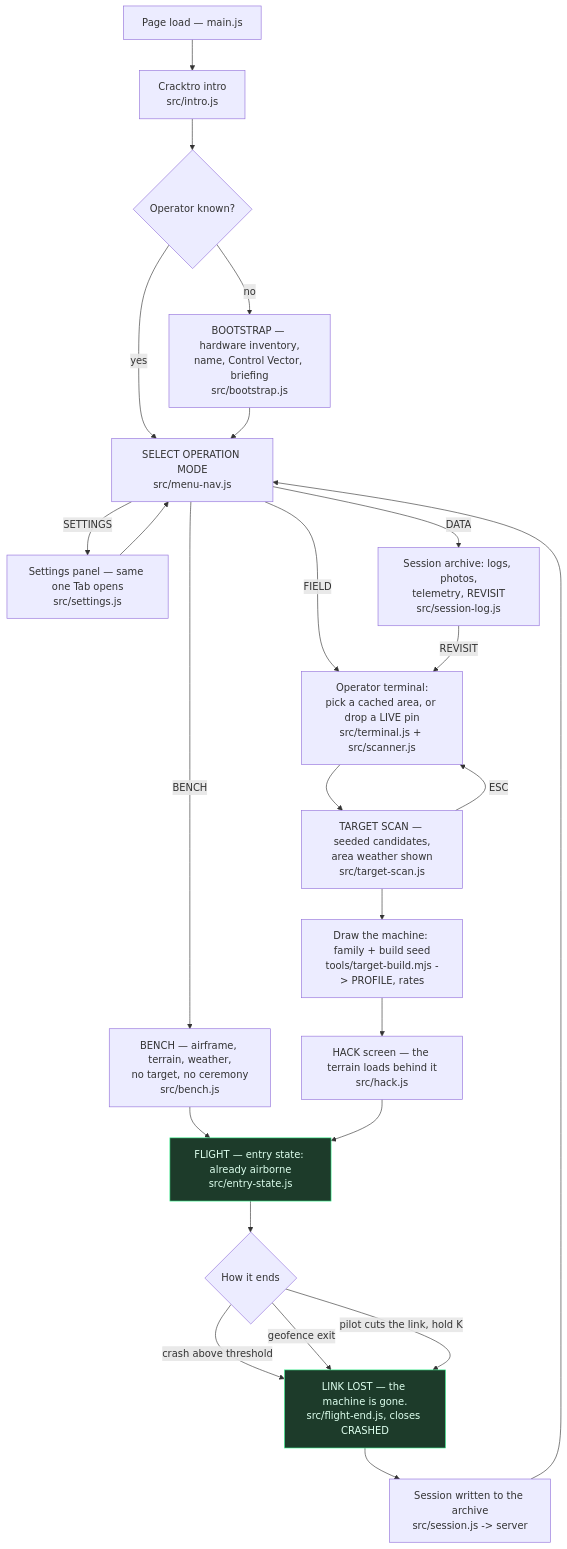
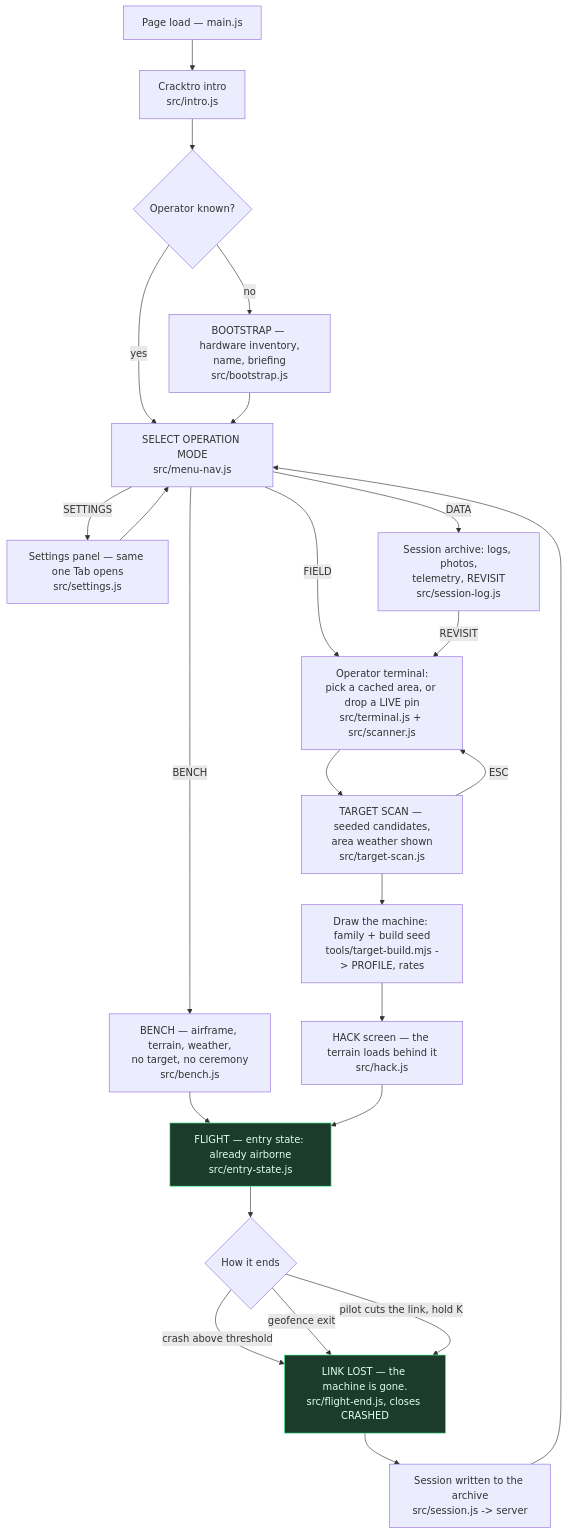
One commit to lionrayonnant/FPVThePlanet changed the first of 5 diagrams in sim/docs/architecture-diagrams.md. Above: the diagram before and after it, drawn with Mermaid. The commit also changed other lines of this file and 6 other files, not shown here.

First line of the commit message:
docs: le CONTROL VECTOR sort de la Bible, de la roadmap et du manuel (#33)

````diff
--- a/sim/docs/architecture-diagrams.md
+++ b/sim/docs/architecture-diagrams.md
@@ -20,31 +20,31 @@
 ```mermaid
 flowchart TD
     LOAD["Page load — main.js"] --> INTRO["Cracktro intro<br/>src/intro.js"]
     INTRO --> OP{"Operator known?"}
-    OP -- "no" --> BOOT["BOOTSTRAP — hardware inventory,<br/>name, Control Vector, briefing<br/>src/bootstrap.js"]
+    OP -- "no" --> BOOT["BOOTSTRAP — hardware inventory,<br/>name, briefing<br/>src/bootstrap.js"]
     OP -- "yes" --> MODE
     BOOT --> MODE["SELECT OPERATION MODE<br/>src/menu-nav.js"]
 
     MODE -- "SETTINGS" --> SET["Settings panel — same one Tab opens<br/>src/settings.js"] --> MODE
     MODE -- "DATA" --> DATA["Session archive: logs, photos,<br/>telemetry, REVISIT<br/>src/session-log.js"]
     MODE -- "BENCH" --> BENCH["BENCH — airframe, terrain, weather,<br/>no target, no ceremony<br/>src/bench.js"]
     MODE -- "FIELD" --> TERM["Operator terminal:<br/>pick a cached area, or drop a LIVE pin<br/>src/terminal.js + src/scanner.js"]
 
     DATA -- "REVISIT" --> TERM
     TERM --> SCAN["TARGET SCAN — seeded candidates,<br/>area weather shown<br/>src/target-scan.js"]
     SCAN -- "ESC" --> TERM
     SCAN --> BUILD["Draw the machine: family + build seed<br/>tools/target-build.mjs -> PROFILE, rates"]
     BUILD --> HACK["HACK screen — the terrain loads behind it<br/>src/hack.js"]
     BENCH --> FLIGHT
     HACK --> FLIGHT["FLIGHT — entry state: already airborne<br/>src/entry-state.js"]
 
     FLIGHT --> END{"How it ends"}
     END -- "crash above threshold" --> DEAD
     END -- "geofence exit" --> DEAD
     END -- "pilot cuts the link, hold K" --> DEAD
     DEAD["LINK LOST — the machine is gone.<br/>src/flight-end.js, closes CRASHED"] --> ARCH["Session written to the archive<br/>src/session.js -> server"]
     ARCH --> MODE
 
     classDef flight fill:#1d3b2a,stroke:#4f9,color:#dfe
     class FLIGHT,DEAD flight
 ```
````
